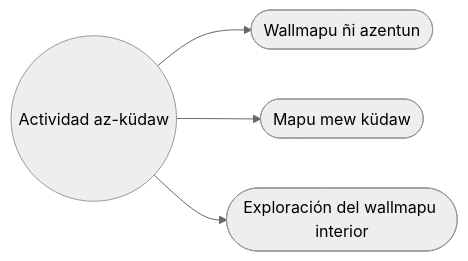
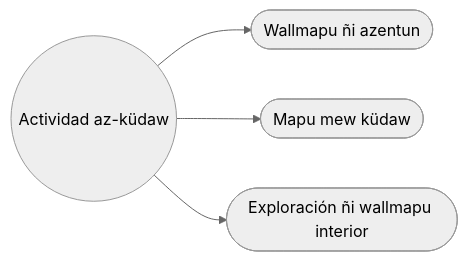
Before and after one commit to EGGS-Artesvisuales/EGGS-Artesvisuales.github.io: the diagram in MPD/index.md, drawn with Mermaid (neutral theme). The commit also changed other lines of this file and 41 other files, not shown here.

```diff
--- a/MPD/index.md
+++ b/MPD/index.md
@@ -36,15 +36,15 @@
 <div class="mermaid">
 flowchart LR
   principal(("Actividad az-küdaw"))
   representacion(["Wallmapu ñi azentun"])
   accion(["Mapu mew küdaw"])
-  interior(["Exploración del wallmapu interior"])
+  interior(["Exploración ñi wallmapu interior"])
 
   principal --> representacion
   principal --> accion
   principal --> interior
 
   click representacion "/MPD/mundo-exterior.html" "Amun: Wallmapu ñi azentun"
   click accion "/MPD/accion.html" "Amun: Mapu mew küdaw"
   click interior "/MPD/interior.html" "Amun: Püle rakizuam"
 </div>
```
